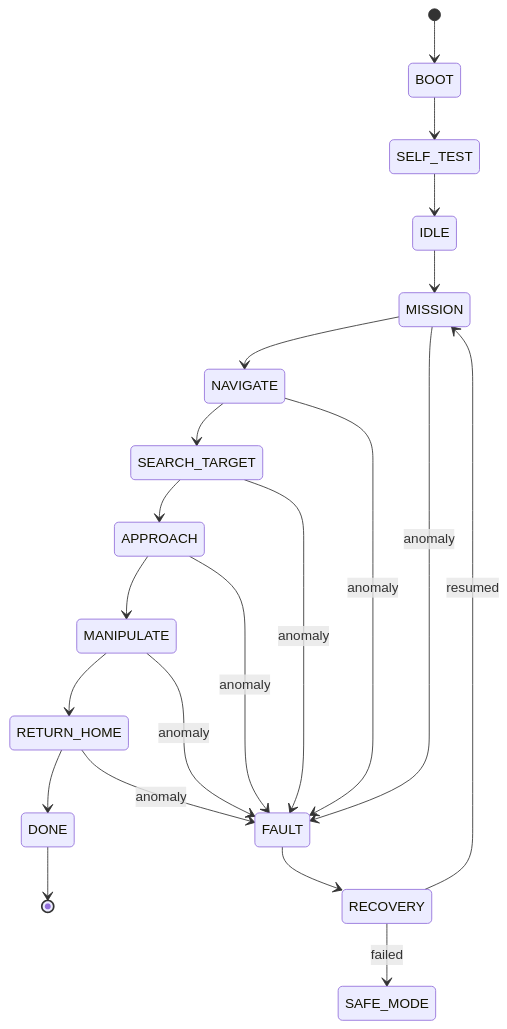
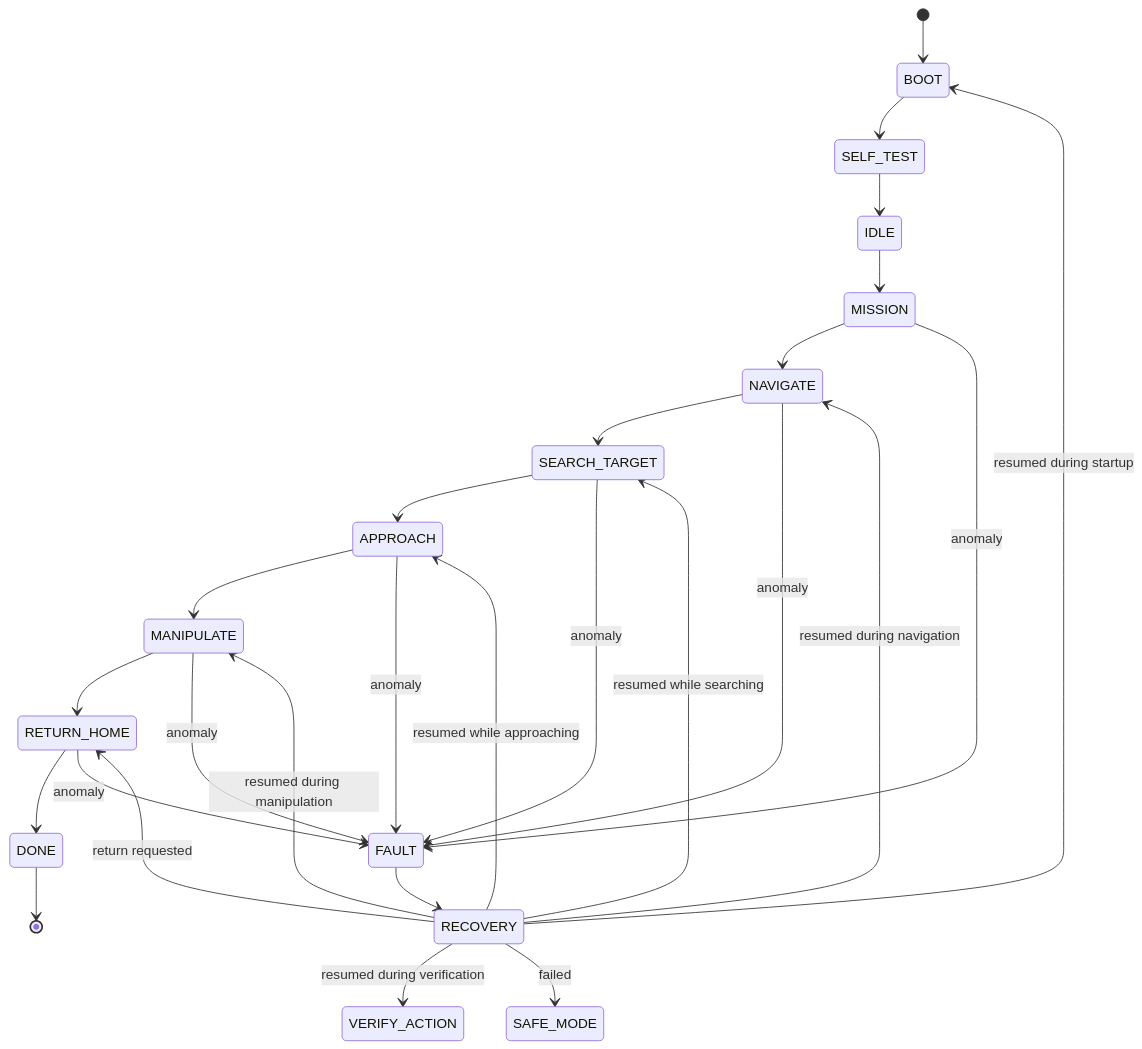
One commit to LebLeelo/Autonomous_Rover changed the diagram in README.md. Above: the diagram before and after it, drawn with Mermaid. The commit also changed other lines of this file and 25 other files, not shown here.

````diff
--- a/README.md
+++ b/README.md
@@ -24,23 +24,29 @@
 ```mermaid
 stateDiagram-v2
   [*] --> BOOT
   BOOT --> SELF_TEST
   SELF_TEST --> IDLE
   IDLE --> MISSION
   MISSION --> NAVIGATE
   NAVIGATE --> SEARCH_TARGET
   SEARCH_TARGET --> APPROACH
   APPROACH --> MANIPULATE
   MANIPULATE --> RETURN_HOME
   RETURN_HOME --> DONE
   DONE --> [*]
   MISSION --> FAULT : anomaly
   NAVIGATE --> FAULT : anomaly
   SEARCH_TARGET --> FAULT : anomaly
   APPROACH --> FAULT : anomaly
   MANIPULATE --> FAULT : anomaly
   RETURN_HOME --> FAULT : anomaly
   FAULT --> RECOVERY
-  RECOVERY --> MISSION : resumed
+  RECOVERY --> BOOT : resumed during startup
+  RECOVERY --> NAVIGATE : resumed during navigation
+  RECOVERY --> SEARCH_TARGET : resumed while searching
+  RECOVERY --> APPROACH : resumed while approaching
+  RECOVERY --> MANIPULATE : resumed during manipulation
+  RECOVERY --> VERIFY_ACTION : resumed during verification
+  RECOVERY --> RETURN_HOME : return requested
   RECOVERY --> SAFE_MODE : failed
 ```
````
